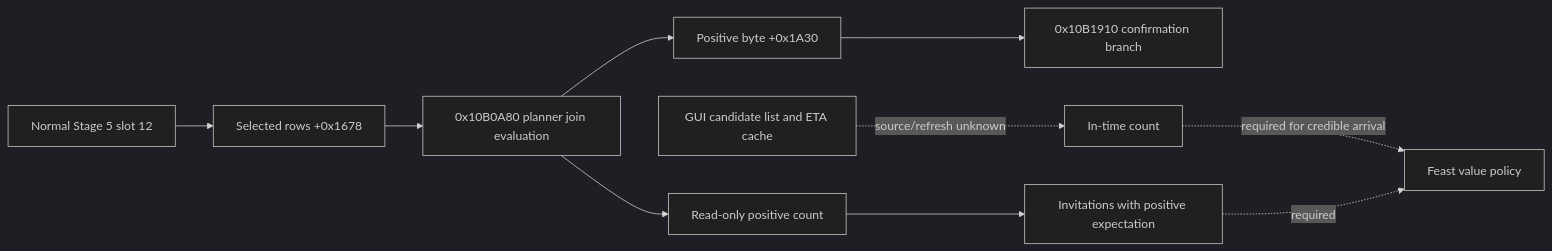
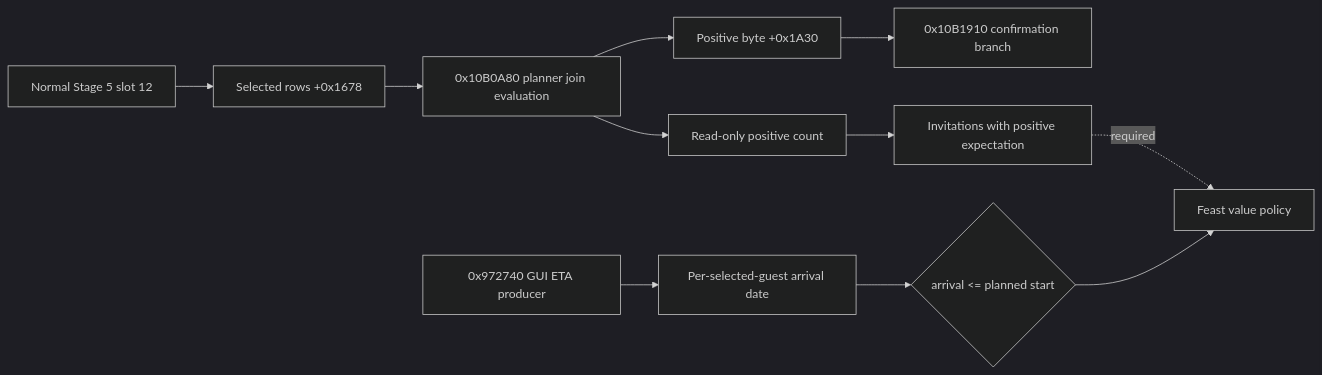
The diagram in docs/ck3-native-ai/activity-stage5-feast-guest-read-1.19.0.6.md (XenoAmess/ck3_eternal_recurrence), drawn with Mermaid (dark theme) before and after one commit. The commit also changed other lines of this file and 3 other files, not shown here.

Commit message:
NW-ACTIVITY Read feast guest arrival estimate

````diff
--- a/docs/ck3-native-ai/activity-stage5-feast-guest-read-1.19.0.6.md
+++ b/docs/ck3-native-ai/activity-stage5-feast-guest-read-1.19.0.6.md
@@ -37,12 +37,13 @@
 ```mermaid
 flowchart LR
   A[Normal Stage 5 slot 12] --> B[Selected rows +0x1678]
   B --> C[0x10B0A80 planner join evaluation]
   C --> D[Positive byte +0x1A30]
   D --> E[0x10B1910 confirmation branch]
   C --> F[Read-only positive count]
-  G[GUI candidate list and ETA cache] -. source/refresh unknown .-> H[In-time count]
+  G[0x972740 GUI ETA producer] --> H[Per-selected-guest arrival date]
+  H --> K{arrival <= planned start}
   F --> I[Invitations with positive expectation]
-  H -. required for credible arrival .-> J[Feast value policy]
+  K --> J[Feast value policy]
   I -. required .-> J
 ```
````
